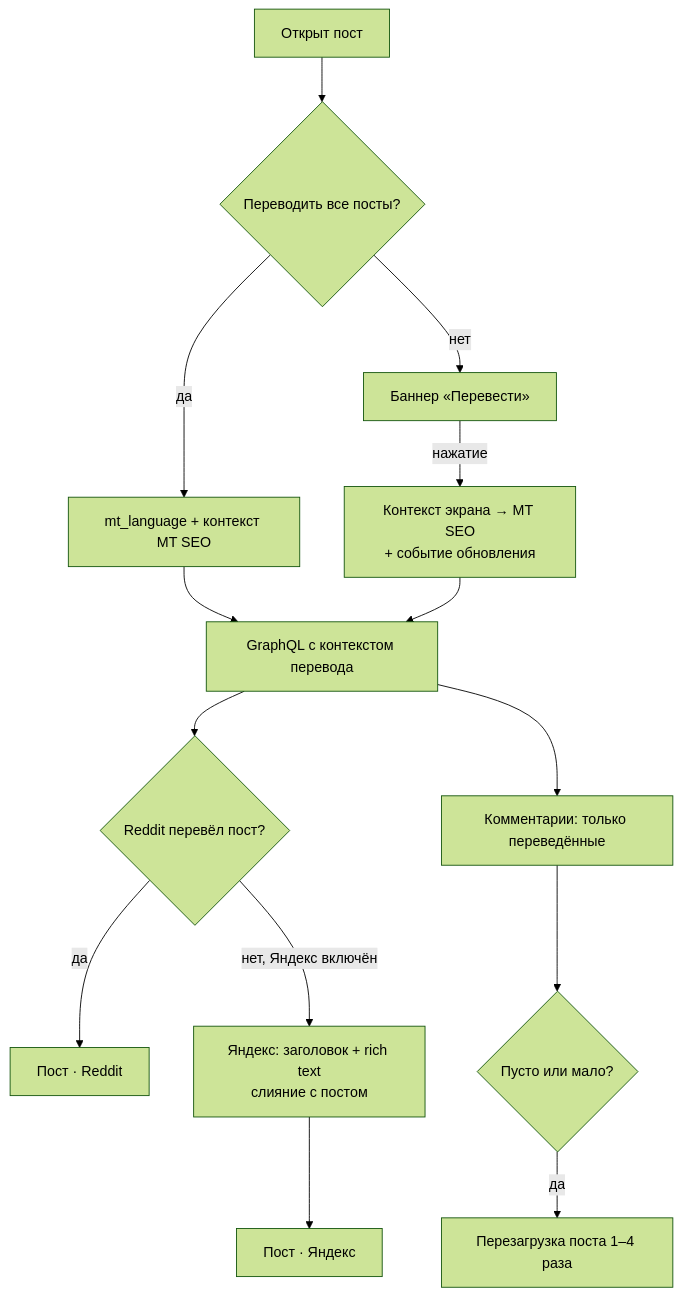
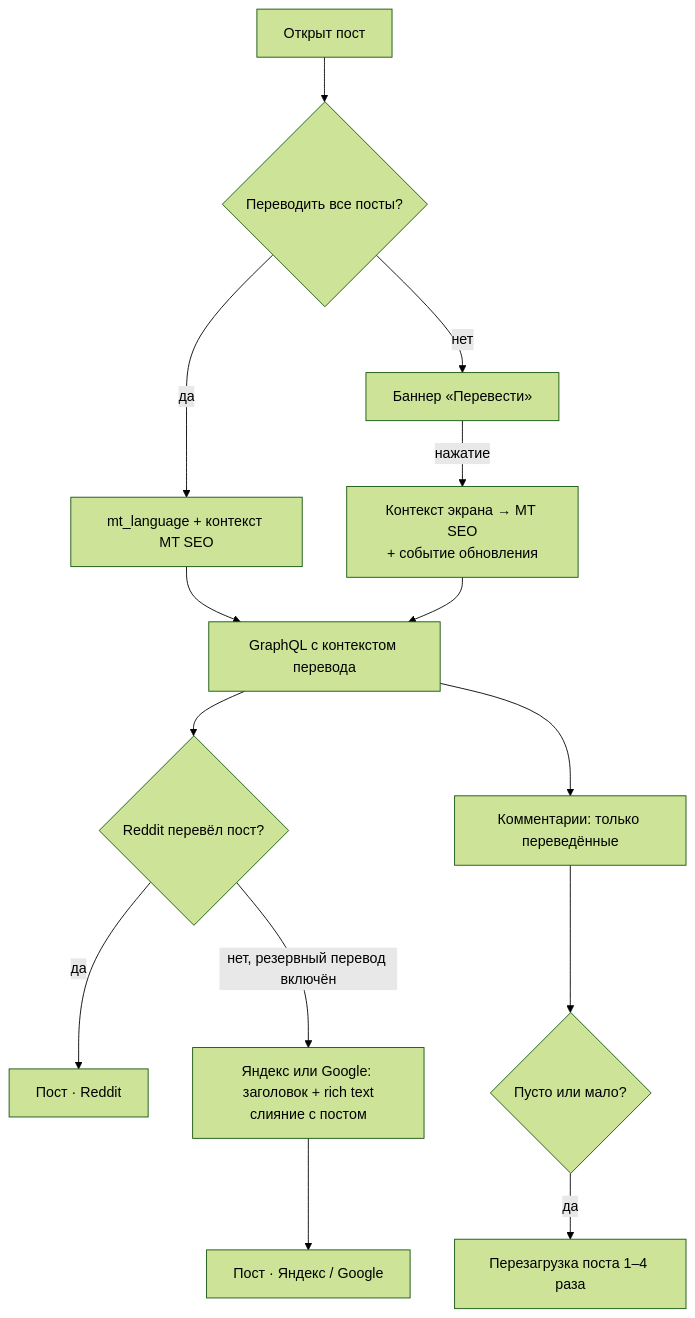
The first of 2 diagrams in docs/reddit-translation/README.ru.md (B1ays/morphe-patches), drawn with Mermaid (forest theme) before and after one commit. The commit also changed other lines of this file and 8 other files, not shown here.

````diff
--- a/docs/reddit-translation/README.ru.md
+++ b/docs/reddit-translation/README.ru.md
@@ -159,16 +176,16 @@
 ```mermaid
 flowchart TD
     A[Открыт пост] --> B{Переводить все посты?}
     B -- да --> C[mt_language + контекст MT SEO]
     B -- нет --> D[Баннер «Перевести»]
     D -- нажатие --> E[Контекст экрана → MT SEO<br/>+ событие обновления]
     C --> F[GraphQL с контекстом перевода]
     E --> F
     F --> G{Reddit перевёл пост?}
     G -- да --> H[Пост · Reddit]
-    G -- нет, Яндекс включён --> I[Яндекс: заголовок + rich text<br/>слияние с постом]
-    I --> J[Пост · Яндекс]
+    G -- нет, резервный перевод включён --> I[Яндекс или Google: заголовок + rich text<br/>слияние с постом]
+    I --> J[Пост · Яндекс / Google]
     F --> K[Комментарии: только переведённые]
     K --> L{Пусто или мало?}
     L -- да --> M[Перезагрузка поста 1–4 раза]
 ```
````
